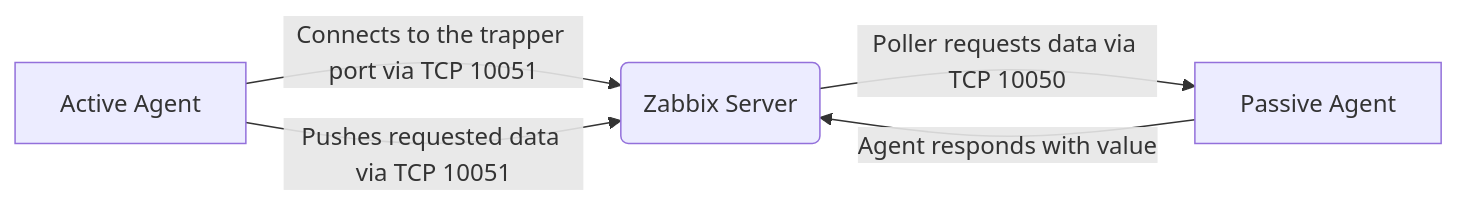
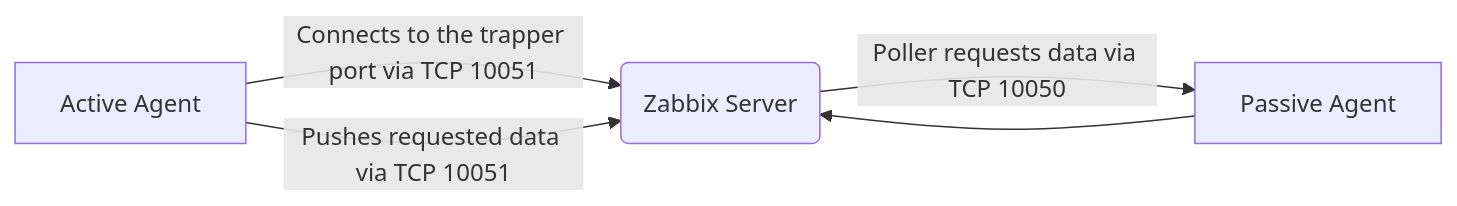
One commit to apakhbari/CheatSheets changed the diagram in Monitoring/zabbix/readme.md. Above: the diagram before and after it, drawn with Mermaid. The commit also changed 1 other file, not shown here.

Commit message:
graylog components

````diff
--- a/Monitoring/zabbix/readme.md
+++ b/Monitoring/zabbix/readme.md
@@ -123,8 +123,8 @@
 ```mermaid
 flowchart LR
 
 B(Zabbix Server) -->|Poller requests data via TCP 10050| A[Passive Agent]
-A -->|Agent responds with value| B
+A --> B
 C[Active Agent] -->|Connects to the trapper port via TCP 10051| B
 C -->|Pushes requested data via TCP 10051| B
 ```
````
